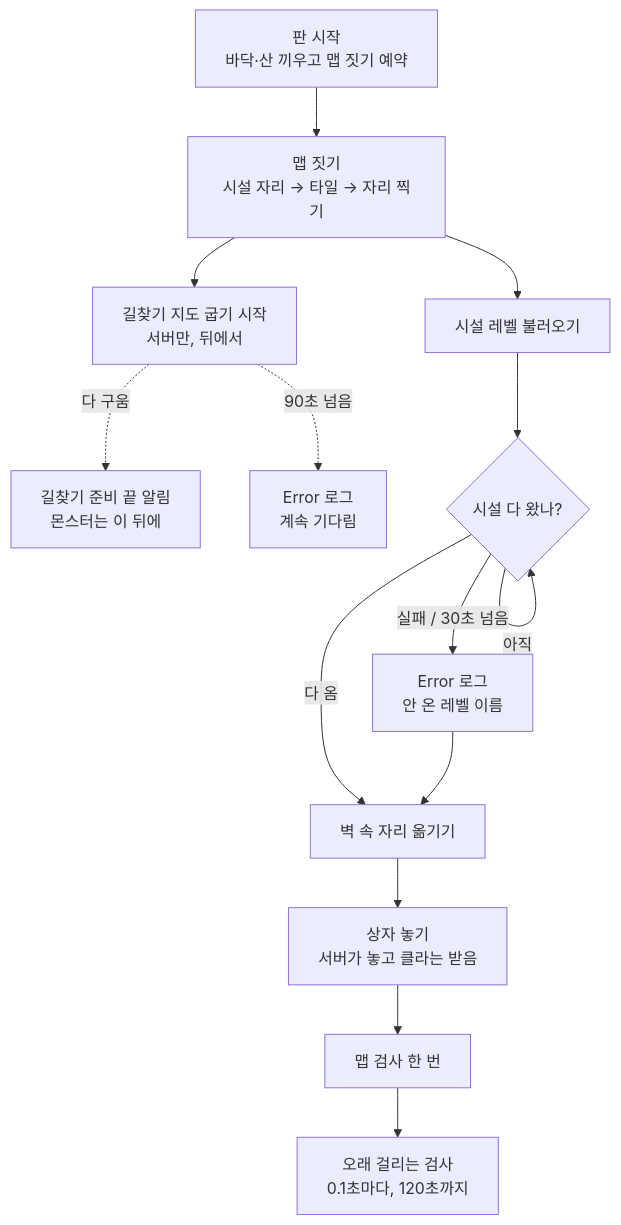
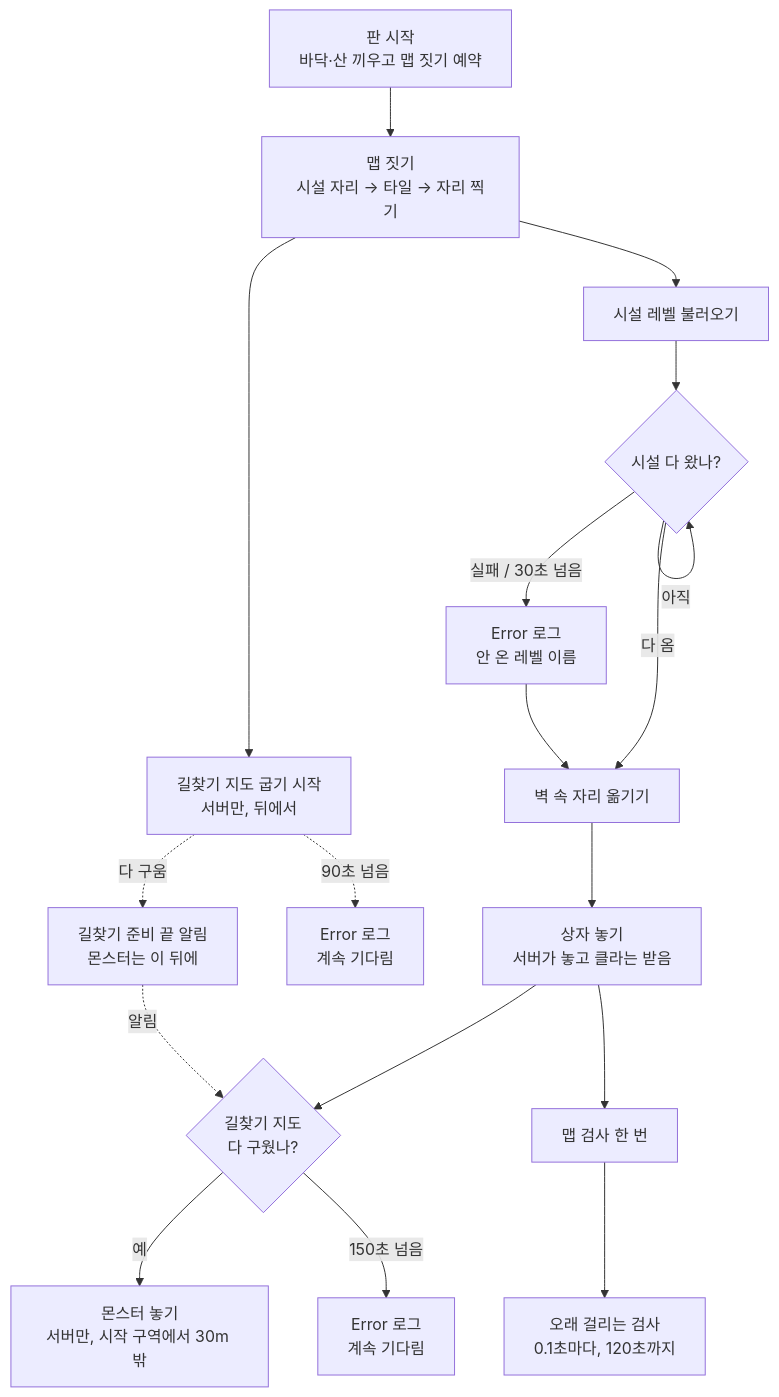
One commit to AssortRock-KDT6-Unreal-PowerAde/ProjectPG changed the first of 2 diagrams in Source/ProjectPG/Private/Actors/MapBuilder/README.md. Above: the diagram before and after it, drawn with Mermaid. The commit also changed other lines of this file and 9 other files, not shown here.

First line of the commit message:
워존 몬스터 자연 배치: 맵이 다 지어지고 길찾기 지도가 구워지면 AISpawn 자리에 몬스터를 놓음

````diff
--- a/Source/ProjectPG/Private/Actors/MapBuilder/README.md
+++ b/Source/ProjectPG/Private/Actors/MapBuilder/README.md
@@ -18,16 +25,20 @@
 ```mermaid
 flowchart TD
     GameStart["판 시작<br/>바닥·산 끼우고 맵 짓기 예약"] --> BuildMap["맵 짓기<br/>시설 자리 → 타일 → 자리 찍기"]
     BuildMap --> NavStart["길찾기 지도 굽기 시작<br/>서버만, 뒤에서"]
     NavStart -. "다 구움" .-> NavReady["길찾기 준비 끝 알림<br/>몬스터는 이 뒤에"]
     NavStart -. "90초 넘음" .-> NavLate["Error 로그<br/>계속 기다림"]
     BuildMap --> FacilityLoad["시설 레벨 불러오기"]
     FacilityLoad --> FacilityCheck{"시설 다 왔나?"}
     FacilityCheck -- "아직" --> FacilityCheck
     FacilityCheck -- "다 옴" --> FixStuck["벽 속 자리 옮기기"]
     FacilityCheck -- "실패 / 30초 넘음" --> FacilityError["Error 로그<br/>안 온 레벨 이름"]
     FacilityError --> FixStuck
     FixStuck --> PlaceBoxes["상자 놓기<br/>서버가 놓고 클라는 받음"]
+    PlaceBoxes --> EnemyWait{"길찾기 지도<br/>다 구웠나?"}
+    NavReady -. "알림" .-> EnemyWait
+    EnemyWait -- "예" --> PlaceEnemies["몬스터 놓기<br/>서버만, 시작 구역에서 30m 밖"]
+    EnemyWait -- "150초 넘음" --> EnemyLate["Error 로그<br/>계속 기다림"]
     PlaceBoxes --> FinalCheck["맵 검사 한 번"]
     FinalCheck --> TimedCheck["오래 걸리는 검사<br/>0.1초마다, 120초까지"]
 ```
````
